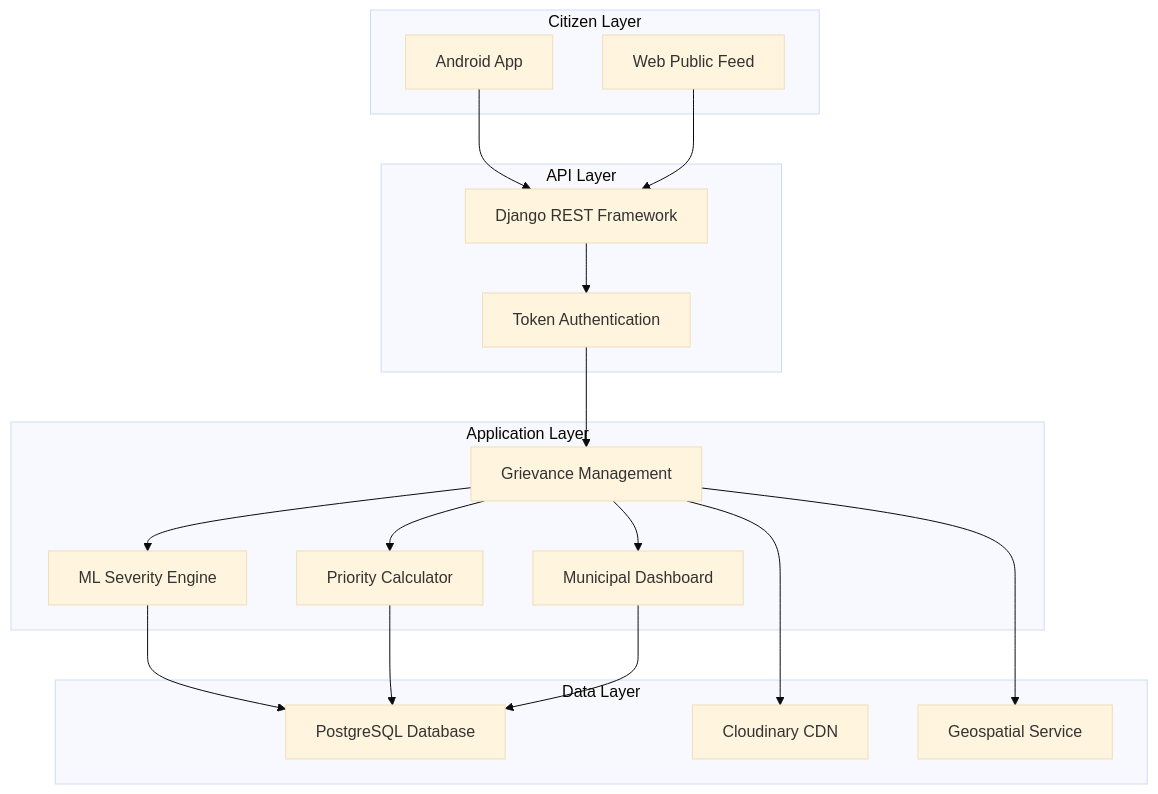
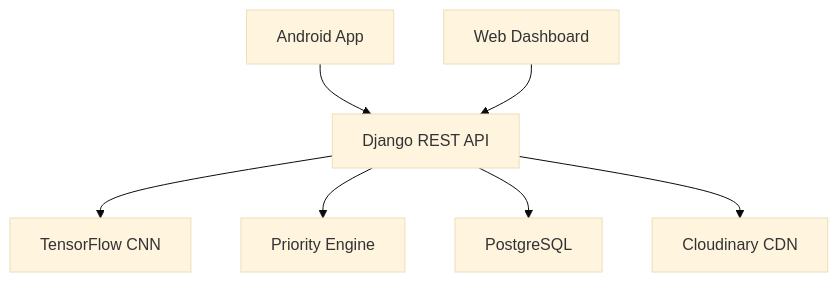
Before and after one commit to mandharet/portfolio-next-pvt: the fourth of 4 diagrams in src/content/projects/ProjectCleanWeb.mdx, drawn with Mermaid (base theme). The commit also changed other lines of this file and 1 other file, not shown here.

````diff
--- a/src/content/projects/ProjectCleanWeb.mdx
+++ b/src/content/projects/ProjectCleanWeb.mdx
@@ -162,38 +155,9 @@
 ```mermaid
 graph TB
-    subgraph "Citizen Layer"
-        A[Android App]
-        B[Web Public Feed]
-    end
-
-    subgraph "API Layer"
-        C[Django REST Framework]
-        D[Token Authentication]
-    end
-
-    subgraph "Application Layer"
-        E[Grievance Management]
-        F[ML Severity Engine]
-        G[Priority Calculator]
-        H[Municipal Dashboard]
-    end
-
-    subgraph "Data Layer"
-        I[PostgreSQL Database]
-        J[Cloudinary CDN]
-        K[Geospatial Service]
-    end
-
-    A --> C
-    B --> C
-    C --> D
-    D --> E
-    E --> F
-    E --> G
-    E --> H
-    F --> I
-    G --> I
-    H --> I
-    E --> J
-    E --> K
+    A[Android App] --> B[Django REST API]
+    C[Web Dashboard] --> B
+    B --> D[TensorFlow CNN]
+    B --> E[Priority Engine]
+    B --> F[PostgreSQL]
+    B --> G[Cloudinary CDN]
 ```
````
